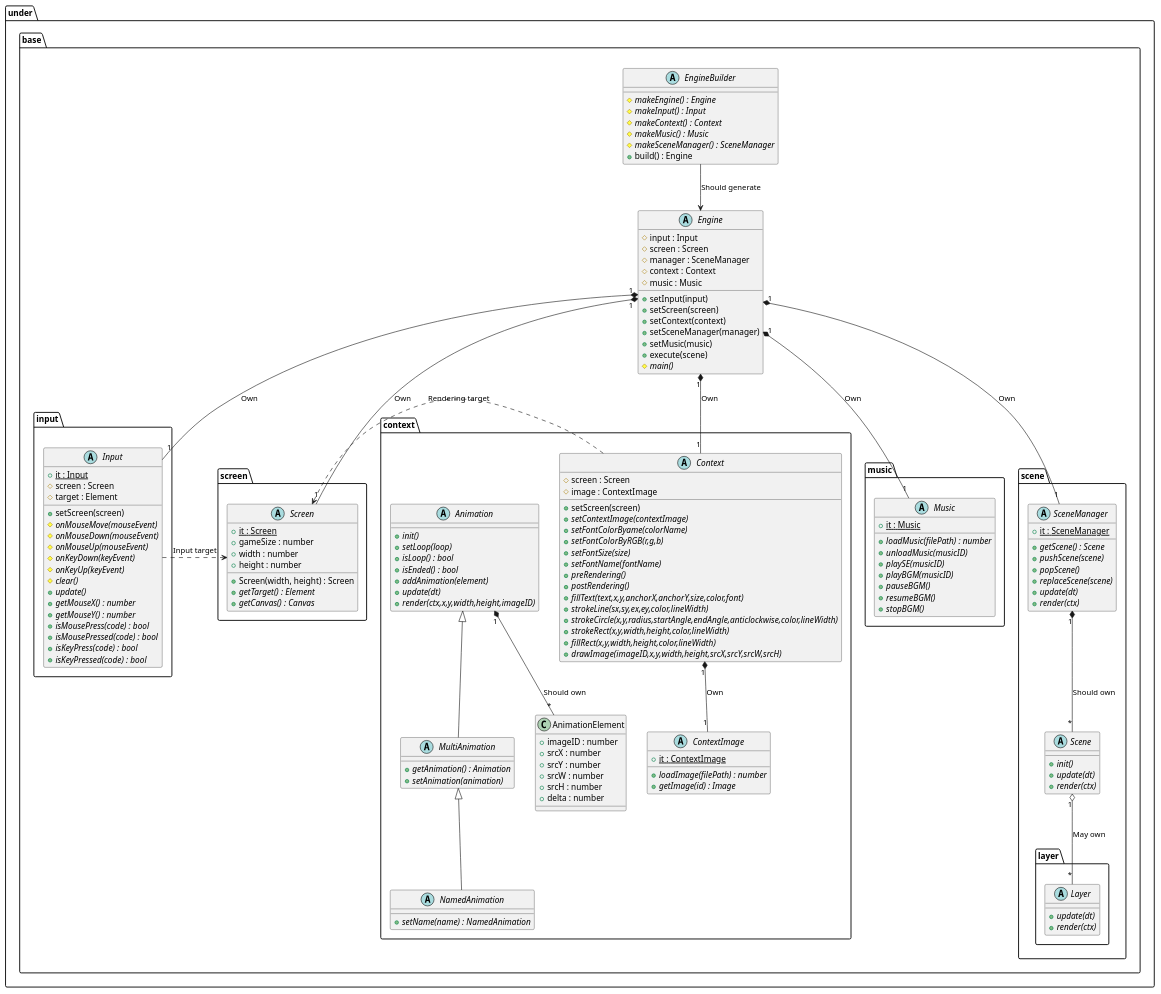
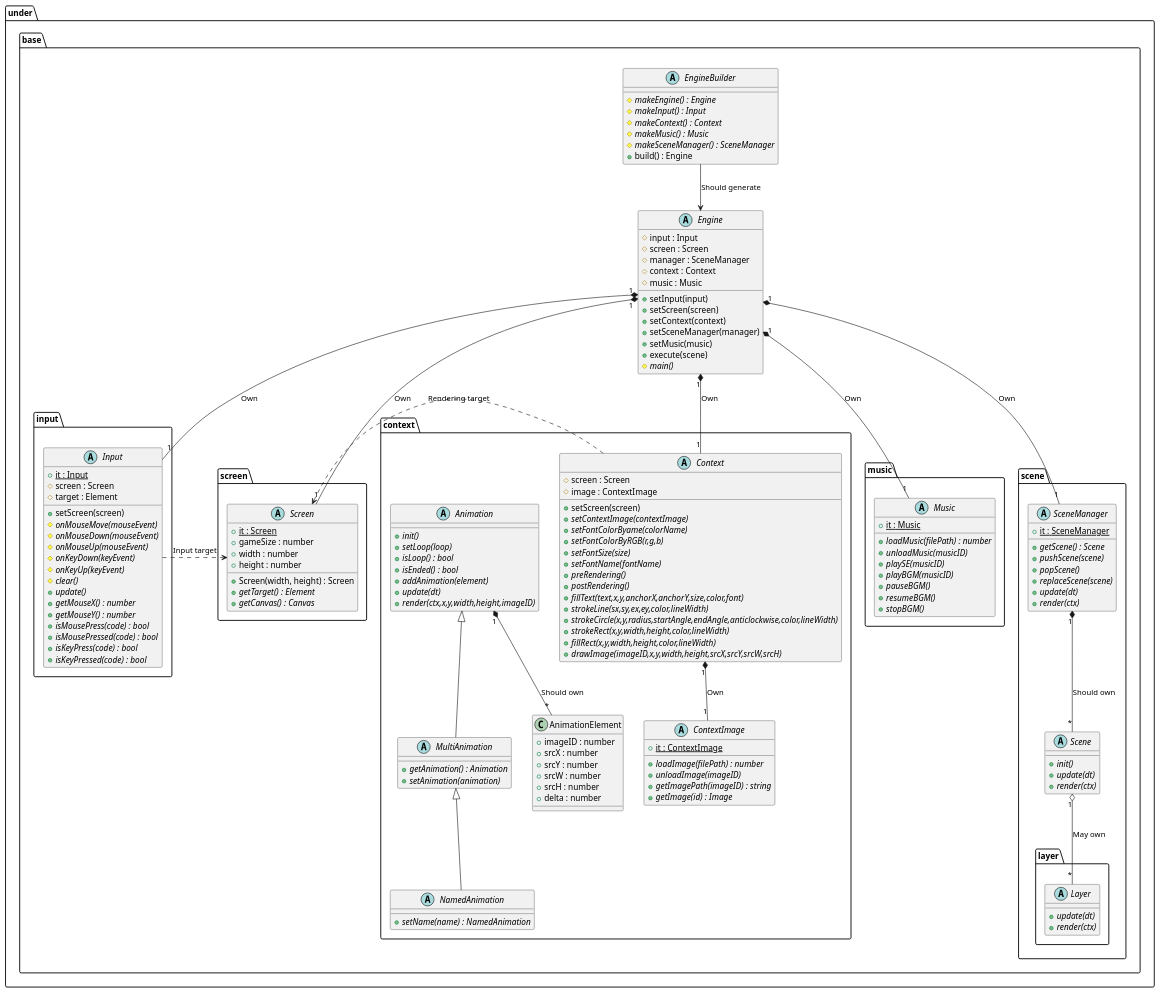
Before and after one commit to Expine/Under: the diagram in uml/gamebase/Base.wsd, drawn with PlantUML. The commit also changed 15 other files, not shown here.

```diff
--- a/uml/gamebase/Base.wsd
+++ b/uml/gamebase/Base.wsd
@@ -1,171 +1,173 @@
 @startuml GameBaseBase
 
 package under {
     package base {
         abstract EngineBuilder {
             {abstract} #makeEngine() : Engine
             {abstract} #makeInput() : Input
             {abstract} #makeContext() : Context
             {abstract} #makeMusic() : Music
             {abstract} #makeSceneManager() : SceneManager
             +build() : Engine
         }
         abstract Engine {
             #input : Input
             #screen : Screen
             #manager : SceneManager
             #context : Context
             #music : Music
             +setInput(input)
             +setScreen(screen)
             +setContext(context)
             +setSceneManager(manager)
             +setMusic(music)
             +execute(scene)
             {abstract} #main()
         }
 
         package input {
             abstract Input {
                 {static} +it : Input /' Singleton '/
                 #screen : Screen
                 #target : Element
                 +setScreen(screen)
                 {abstract} #onMouseMove(mouseEvent)
                 {abstract} #onMouseDown(mouseEvent)
                 {abstract} #onMouseUp(mouseEvent)
                 {abstract} #onKeyDown(keyEvent)
                 {abstract} #onKeyUp(keyEvent)
                 {abstract} #clear()
                 {abstract} +update()
                 {abstract} +getMouseX() : number
                 {abstract} +getMouseY() : number
                 {abstract} +isMousePress(code) : bool
                 {abstract} +isMousePressed(code) : bool
                 {abstract} +isKeyPress(code) : bool
                 {abstract} +isKeyPressed(code) : bool
             }
         }
 
         package screen {
             abstract Screen {
                 +Screen(width, height) : Screen
                 {static} +it : Screen /' Singleton '/
                 +gameSize : number
                 +width : number
                 +height : number
                 {abstract} +getTarget() : Element
                 {abstract} +getCanvas() : Canvas
             }
         }
 
         package music {
             abstract Music {
                 {static} +it : Music /' Singleton '/
                 {abstract} +loadMusic(filePath) : number
                 {abstract} +unloadMusic(musicID)
                 {abstract} +playSE(musicID)
                 {abstract} +playBGM(musicID)
                 {abstract} +pauseBGM()
                 {abstract} +resumeBGM()
                 {abstract} +stopBGM()
             }
         }
 
         package context {
             abstract Context {
                 #screen : Screen
                 #image : ContextImage
                 +setScreen(screen)
                 {abstract} +setContextImage(contextImage)
                 {abstract} +setFontColorByame(colorName)
                 {abstract} +setFontColorByRGB(r,g,b)
                 {abstract} +setFontSize(size)
                 {abstract} +setFontName(fontName)
                 {abstract} +preRendering()
                 {abstract} +postRendering()
                 {abstract} +fillText(text,x,y,anchorX,anchorY,size,color,font)
                 {abstract} +strokeLine(sx,sy,ex,ey,color,lineWidth)
                 {abstract} +strokeCircle(x,y,radius,startAngle,endAngle,anticlockwise,color,lineWidth)
                 {abstract} +strokeRect(x,y,width,height,color,lineWidth)
                 {abstract} +fillRect(x,y,width,height,color,lineWidth)
                 {abstract} +drawImage(imageID,x,y,width,height,srcX,srcY,srcW,srcH)
             }
             abstract ContextImage {
                 {static} +it : ContextImage /' Singleton '/
                 {abstract} +loadImage(filePath) : number
+                {abstract} +unloadImage(imageID)
+                {abstract} +getImagePath(imageID) : string
                 {abstract} +getImage(id) : Image
             }
 
             abstract Animation {
                 {abstract} +init()
                 {abstract} +setLoop(loop)
                 {abstract} +isLoop() : bool
                 {abstract} +isEnded() : bool
                 {abstract} +addAnimation(element)
                 {abstract} +update(dt)
                 {abstract} +render(ctx,x,y,width,height,imageID)
             }
             abstract MultiAnimation {
                 {abstract} +getAnimation() : Animation
                 {abstract} +setAnimation(animation)
             }
             abstract NamedAnimation {
                 {abstract} +setName(name) : NamedAnimation
             }
             class AnimationElement {
                 +imageID : number
                 +srcX : number
                 +srcY : number
                 +srcW : number
                 +srcH : number
                 +delta : number
             }
         }
 
         package scene {
             abstract SceneManager {
                 {static} +it : SceneManager /' Singleton '/
                 {abstract} +getScene() : Scene
                 {abstract} +pushScene(scene)
                 {abstract} +popScene()
                 {abstract} +replaceScene(scene)
                 {abstract} +update(dt)
                 {abstract} +render(ctx)
             }
             abstract Scene {
                 {abstract} +init()
                 {abstract} +update(dt)
                 {abstract} +render(ctx)
             }
 
             package layer {
                 abstract Layer {
                     {abstract} +update(dt)
                     {abstract} +render(ctx)
                 }
             }
         }
     }
 }
 
 EngineBuilder --> Engine : Should generate
 Engine "1"*-- "1" Screen : Own
 Engine "1"*-- "1" Input : Own
 Engine "1"*-- "1" SceneManager : Own
 Engine "1"*-- "1" Context : Own
 Engine "1"*-- "1" Music : Own
 
 Input .> Screen : Input target
 Context .> Screen : Rendering target
 
 SceneManager "1"*--"*" Scene : Should own
 Scene "1" o--"*" Layer : May own
 Context "1"*--"1" ContextImage : Own
 
 Animation "1"*--"*"AnimationElement : Should own
 
 Animation <|-- MultiAnimation
 MultiAnimation <|-- NamedAnimation
 
 @enduml
```
